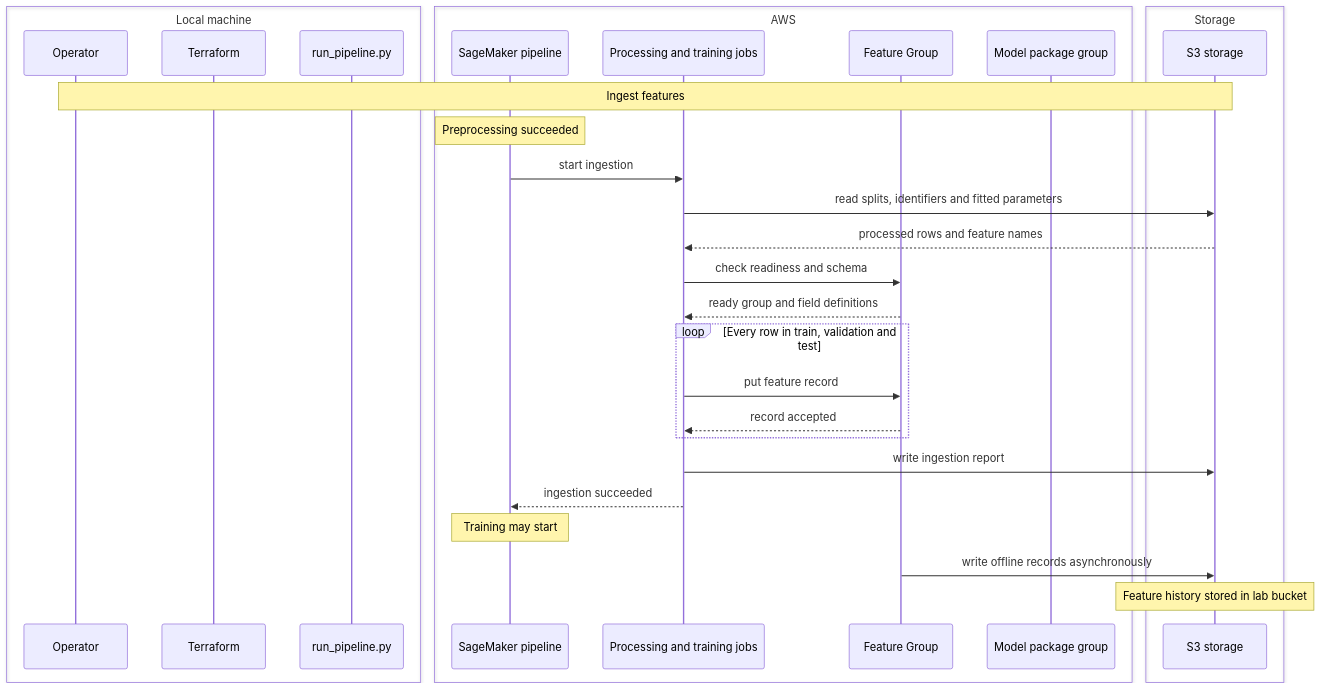
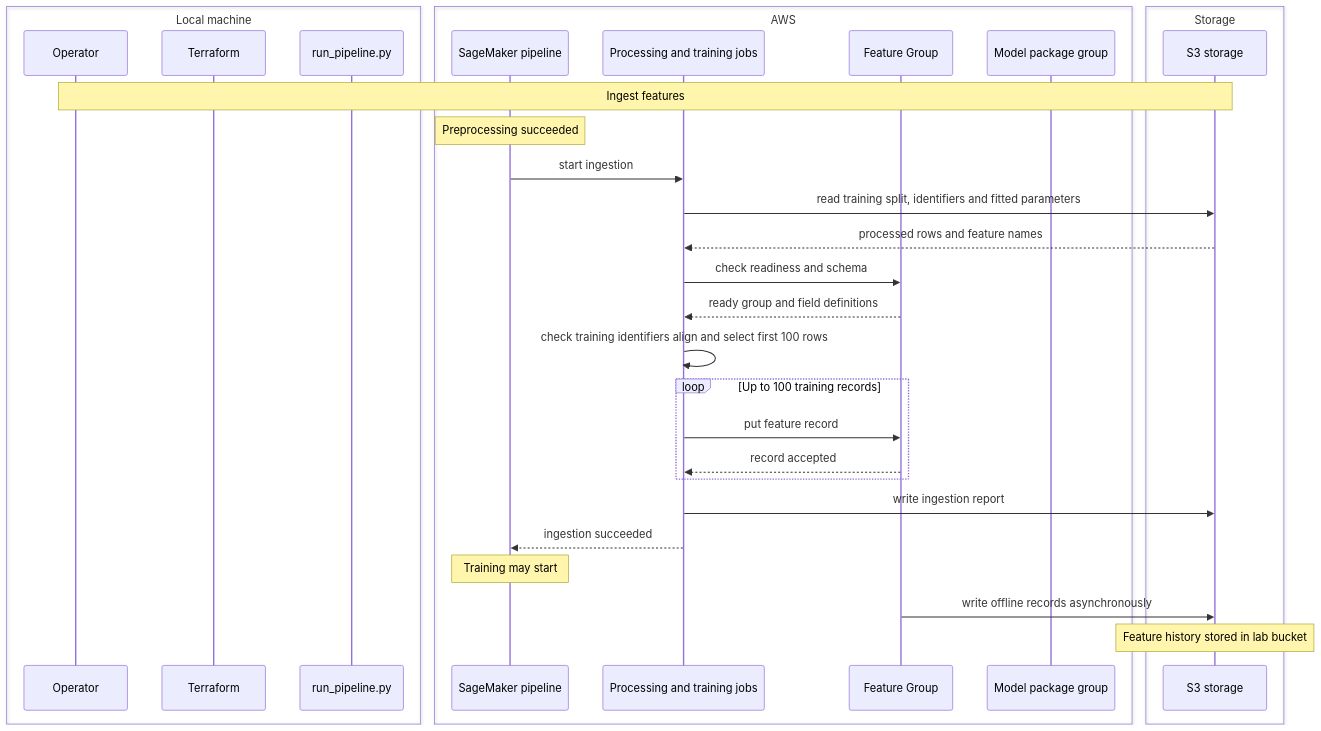
One commit to MaximeBoulat/customer-churn-pipeline changed the diagram in Documentation/Pipeline/Children/Pipeline/Resources/SequenceDiagram_Action_3.md. Above: the diagram before and after it, drawn with Mermaid. The commit also changed 20 other files, not shown here.

````diff
--- a/Documentation/Pipeline/Children/Pipeline/Resources/SequenceDiagram_Action_3.md
+++ b/Documentation/Pipeline/Children/Pipeline/Resources/SequenceDiagram_Action_3.md
@@ -1,33 +1,34 @@
 ```mermaid
 sequenceDiagram
     box Local machine
         participant Operator
         participant Terraform
         participant Launcher as run_pipeline.py
     end
     box AWS
         participant Pipeline as SageMaker pipeline
         participant Jobs as Processing and training jobs
         participant Group as Feature Group
         participant Registry as Model package group
     end
     box Storage
         participant S3 as S3 storage
     end
     Note over Operator,S3: Ingest features
     Note over Pipeline: Preprocessing succeeded
     Pipeline->>Jobs: start ingestion
-    Jobs->>S3: read splits, identifiers and fitted parameters
+    Jobs->>S3: read training split, identifiers and fitted parameters
     S3-->>Jobs: processed rows and feature names
     Jobs->>Group: check readiness and schema
     Group-->>Jobs: ready group and field definitions
-    loop Every row in train, validation and test
+    Jobs->>Jobs: check training identifiers align and select first 100 rows
+    loop Up to 100 training records
         Jobs->>Group: put feature record
         Group-->>Jobs: record accepted
     end
     Jobs->>S3: write ingestion report
     Jobs-->>Pipeline: ingestion succeeded
     Note over Pipeline: Training may start
     Group->>S3: write offline records asynchronously
     Note over S3: Feature history stored in lab bucket
 ```
````
